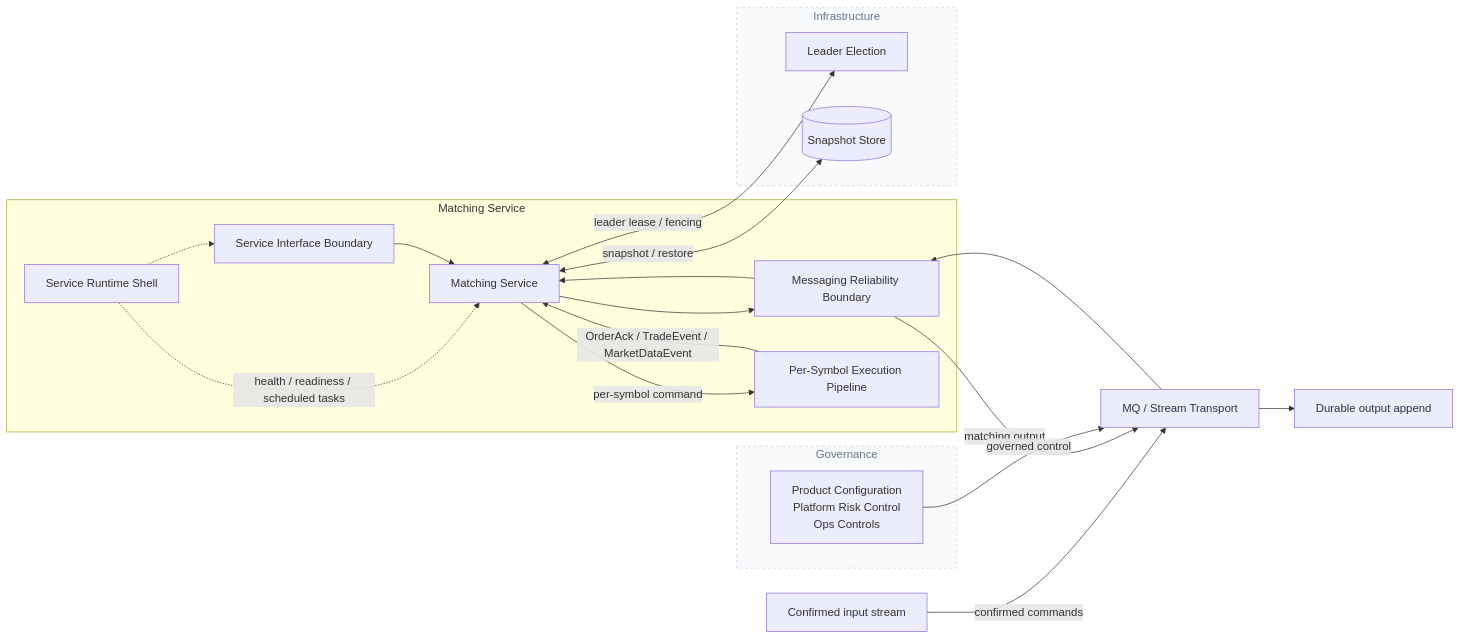
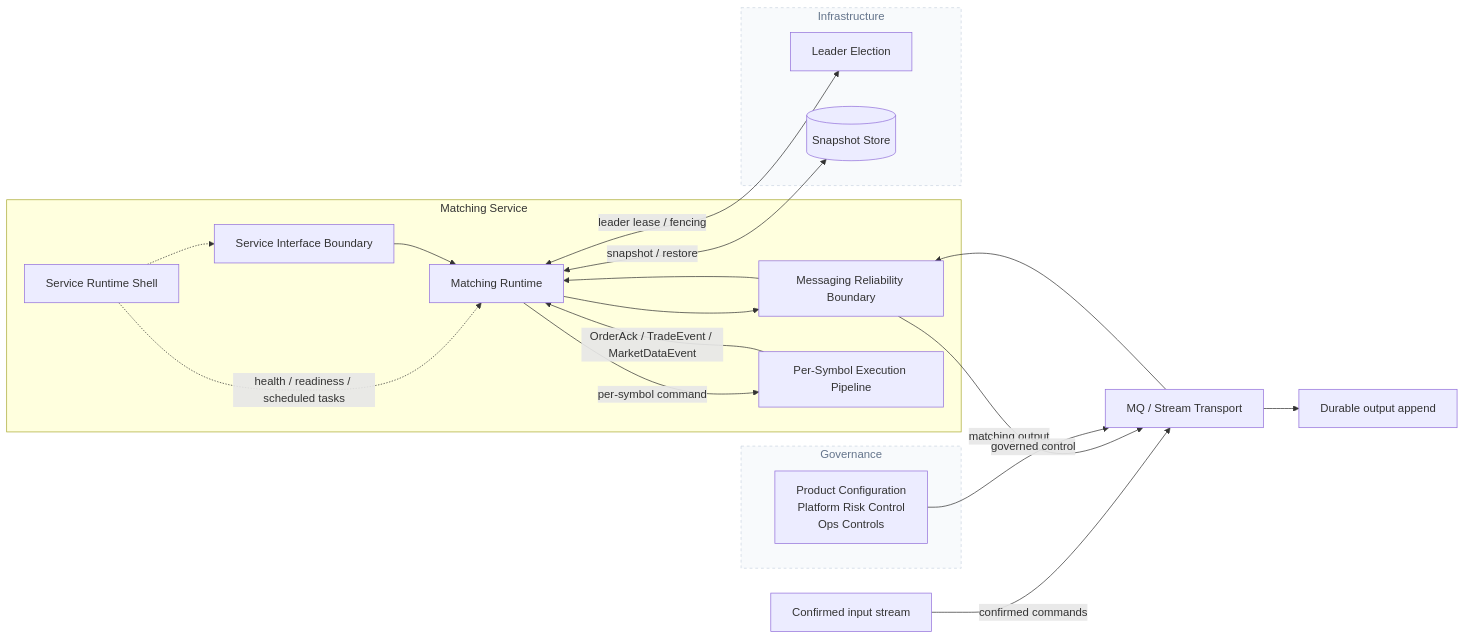
One commit to novax-exchange/matching-core changed the first of 2 diagrams in README.md. Above: the diagram before and after it, drawn with Mermaid. The commit also changed 1 other file, not shown here.

Commit message:
docs: clarify matching service context diagram

````diff
--- a/README.md
+++ b/README.md
@@ -26,40 +26,40 @@
 ```mermaid
 flowchart LR
     subgraph MatchingGroup["Matching Service"]
         RuntimeShell["Service Runtime Shell"]
         Interface["Service Interface Boundary"]
         StreamBoundary["Messaging Reliability Boundary"]
-        Service["Matching Service"]
+        MatchingRuntime["Matching Runtime"]
         Execution["Per-Symbol Execution Pipeline"]
     end
 
     Transport["MQ / Stream Transport"]
 
     Input["Confirmed input stream"]
     Output["Durable output append"]
 
     subgraph GovernanceZone["Governance"]
         Governance["Product Configuration\nPlatform Risk Control\nOps Controls"]
     end
 
     subgraph InfraZone["Infrastructure"]
         Coordination["Leader Election"]
         SnapshotStore[("Snapshot Store")]
     end
 
     Input -->|"confirmed commands"| Transport
-    Transport --> StreamBoundary --> Service
-    Service -->|"per-symbol command"| Execution
-    Execution -->|"OrderAck / TradeEvent / MarketDataEvent"| Service
-    Service --> StreamBoundary -->|"matching output"| Transport
+    Transport --> StreamBoundary --> MatchingRuntime
+    MatchingRuntime -->|"per-symbol command"| Execution
+    Execution -->|"OrderAck / TradeEvent / MarketDataEvent"| MatchingRuntime
+    MatchingRuntime --> StreamBoundary -->|"matching output"| Transport
     Transport --> Output
     Governance -->|"governed control"| Transport
-    RuntimeShell -.->|"health / readiness / scheduled tasks"| Service
+    RuntimeShell -.->|"health / readiness / scheduled tasks"| MatchingRuntime
     RuntimeShell -.-> Interface
-    Interface --> Service
-    Service <-->|"snapshot / restore"| SnapshotStore
-    Service <-->|"leader lease / fencing"| Coordination
+    Interface --> MatchingRuntime
+    MatchingRuntime <-->|"snapshot / restore"| SnapshotStore
+    MatchingRuntime <-->|"leader lease / fencing"| Coordination
 
     style GovernanceZone fill:#f8fafc,stroke:#cbd5e1,stroke-dasharray: 4 4,color:#64748b;
     style InfraZone fill:#f8fafc,stroke:#cbd5e1,stroke-dasharray: 4 4,color:#64748b;
 ```
````
